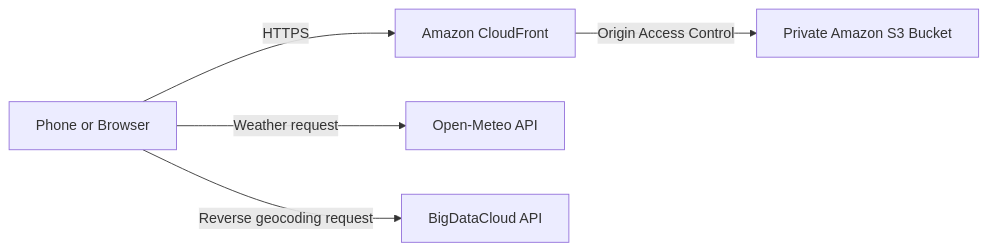
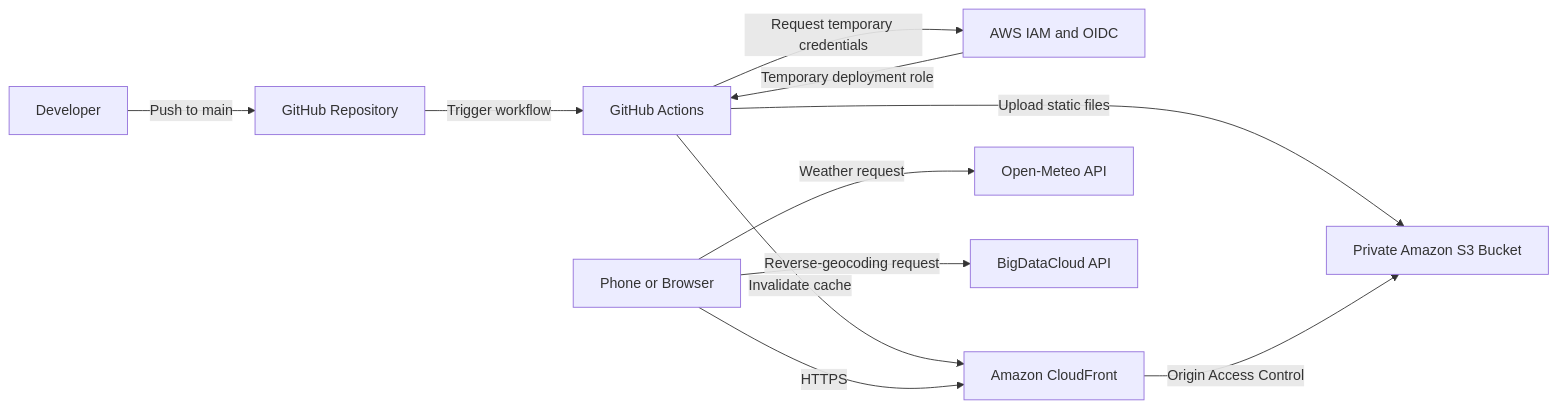
One commit to solidanlive/weather-app changed the diagram in README.md. Above: the diagram before and after it, drawn with Mermaid. The commit also changed other lines of this file and 1 other file, not shown here.

Commit message:
Document automated deployment

````diff
--- a/README.md
+++ b/README.md
@@ -23,13 +23,24 @@
 ```mermaid
 flowchart LR
+    Developer[Developer]
+    GitHub[GitHub Repository]
+    Actions[GitHub Actions]
+    IAM[AWS IAM and OIDC]
     User[Phone or Browser]
     CloudFront[Amazon CloudFront]
     S3[Private Amazon S3 Bucket]
     Weather[Open-Meteo API]
     Location[BigDataCloud API]
 
+    Developer -->|Push to main| GitHub
+    GitHub -->|Trigger workflow| Actions
+    Actions -->|Request temporary credentials| IAM
+    IAM -->|Temporary deployment role| Actions
+    Actions -->|Upload static files| S3
+    Actions -->|Invalidate cache| CloudFront
+
     User -->|HTTPS| CloudFront
     CloudFront -->|Origin Access Control| S3
     User -->|Weather request| Weather
-    User -->|Reverse geocoding request| Location
+    User -->|Reverse-geocoding request| Location
 ```
````
